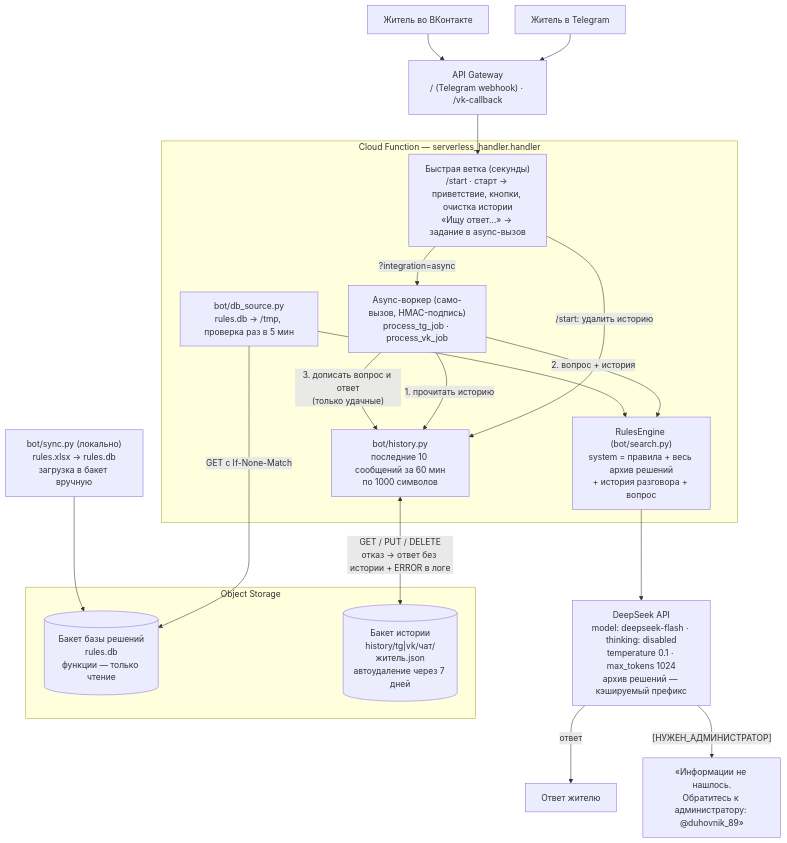
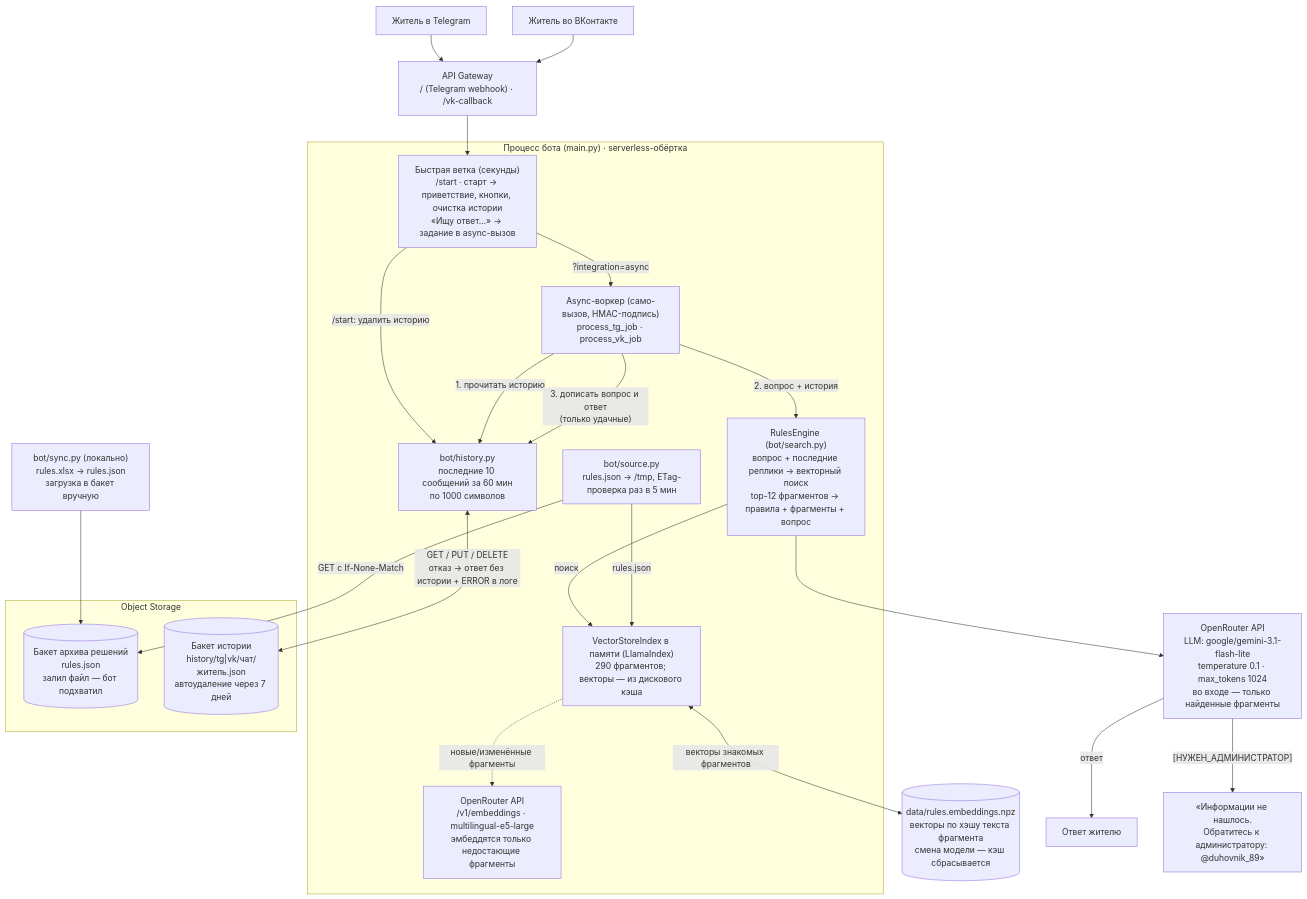
The diagram in architecture.mmd (duhovnik89/bot2reki_async_RAG), drawn with Mermaid before and after one commit. The commit also changed 20 other files, not shown here.

```diff
--- a/architecture.mmd
+++ b/architecture.mmd
@@ -1,48 +1,56 @@
-%% architecture v4 — 2026-11-15
-%% Изменения: схема переведена на Yandex Cloud Serverless (как работает в проде);
-%% добавлено хранилище истории переписки (отдельный бакет) и база из бакета;
-%% модель deepseek-flash без режима рассуждений.
+%% architecture v6 — 2026-11-24
+%% Изменения: эмбеддинги переведены с локальной HuggingFace-модели (PyTorch)
+%% на OpenRouter API (/v1/embeddings, OpenAI-совместимый); добавлен дисковый
+%% кэш векторов rules.embeddings.npz — повторные старты собирают индекс без
+%% вызовов API. Пакет снова лёгкий, деплой в Cloud Functions возможен.
 flowchart TD
 
     TG_USER["Житель в Telegram"]
     VK_USER["Житель во ВКонтакте"]
 
     GW["API Gateway\n/ (Telegram webhook) · /vk-callback"]
 
-    subgraph FN_SG ["Cloud Function — serverless_handler.handler"]
+    subgraph FN_SG ["Процесс бота (main.py) · serverless-обёртка"]
         SYNC_PATH["Быстрая ветка (секунды)\n/start · старт → приветствие, кнопки, очистка истории\n«Ищу ответ…» → задание в async-вызов"]
         WORKER["Async-воркер (само-вызов, HMAC-подпись)\nprocess_tg_job · process_vk_job"]
-        ENGINE["RulesEngine (bot/search.py)\nsystem = правила + весь архив решений\n+ история разговора + вопрос"]
+        INDEX["VectorStoreIndex в памяти (LlamaIndex)\n290 фрагментов; векторы — из дискового кэша"]
+        EMB["OpenRouter API\n/v1/embeddings · multilingual-e5-large\nэмбеддятся только недостающие фрагменты"]
+        ENGINE["RulesEngine (bot/search.py)\nвопрос + последние реплики → векторный поиск\ntop-12 фрагментов → правила + фрагменты + вопрос"]
         HIST["bot/history.py\nпоследние 10 сообщений за 60 мин\nпо 1000 символов"]
-        DBSRC["bot/db_source.py\nrules.db → /tmp, проверка раз в 5 мин"]
+        DBSRC["bot/source.py\nrules.json → /tmp, ETag-проверка раз в 5 мин"]
     end
 
     subgraph S3_SG ["Object Storage"]
-        RULES_BUCKET[("Бакет базы решений\nrules.db\nфункции — только чтение")]
+        RULES_BUCKET[("Бакет архива решений\nrules.json\nзалил файл — бот подхватил")]
         HIST_BUCKET[("Бакет истории\nhistory/tg|vk/чат/житель.json\nавтоудаление через 7 дней")]
     end
 
-    DS["DeepSeek API\nmodel: deepseek-flash · thinking: disabled\ntemperature 0.1 · max_tokens 1024\nархив решений — кэшируемый префикс"]
+    DS["OpenRouter API\nLLM: google/gemini-3.1-flash-lite\ntemperature 0.1 · max_tokens 1024\nво входе — только найденные фрагменты"]
 
-    SYNC_BOX["bot/sync.py (локально)\nrules.xlsx → rules.db\nзагрузка в бакет вручную"]
+    SYNC_BOX["bot/sync.py (локально)\nrules.xlsx → rules.json\nзагрузка в бакет вручную"]
+
+    CACHE[("data/rules.embeddings.npz\nвекторы по хэшу текста фрагмента\nсмена модели — кэш сбрасывается")]
 
     OK["Ответ жителю"]
     NOADM["«Информации не нашлось.\nОбратитесь к администратору: @duhovnik_89»"]
 
     TG_USER --> GW
     VK_USER --> GW
     GW --> SYNC_PATH
     SYNC_PATH -->|"?integration=async"| WORKER
     SYNC_PATH -->|"/start: удалить историю"| HIST
 
     WORKER -->|"1. прочитать историю"| HIST
     WORKER -->|"2. вопрос + история"| ENGINE
+    ENGINE -->|"поиск"| INDEX
+    INDEX <-->|"векторы знакомых фрагментов"| CACHE
+    INDEX -.->|"новые/изменённые фрагменты"| EMB
     ENGINE --> DS
     DS -->|"ответ"| OK
     DS -->|"[НУЖЕН_АДМИНИСТРАТОР]"| NOADM
     WORKER -->|"3. дописать вопрос и ответ\n(только удачные)"| HIST
 
     HIST <-->|"GET / PUT / DELETE\nотказ → ответ без истории + ERROR в логе"| HIST_BUCKET
     DBSRC -->|"GET с If-None-Match"| RULES_BUCKET
-    DBSRC --> ENGINE
+    DBSRC -->|"rules.json"| INDEX
     SYNC_BOX --> RULES_BUCKET
```
